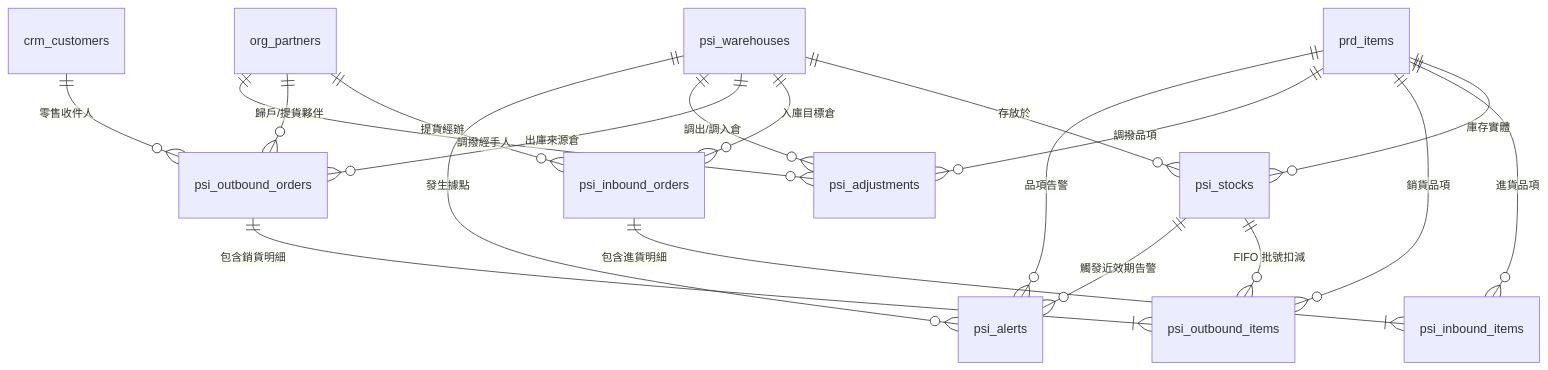
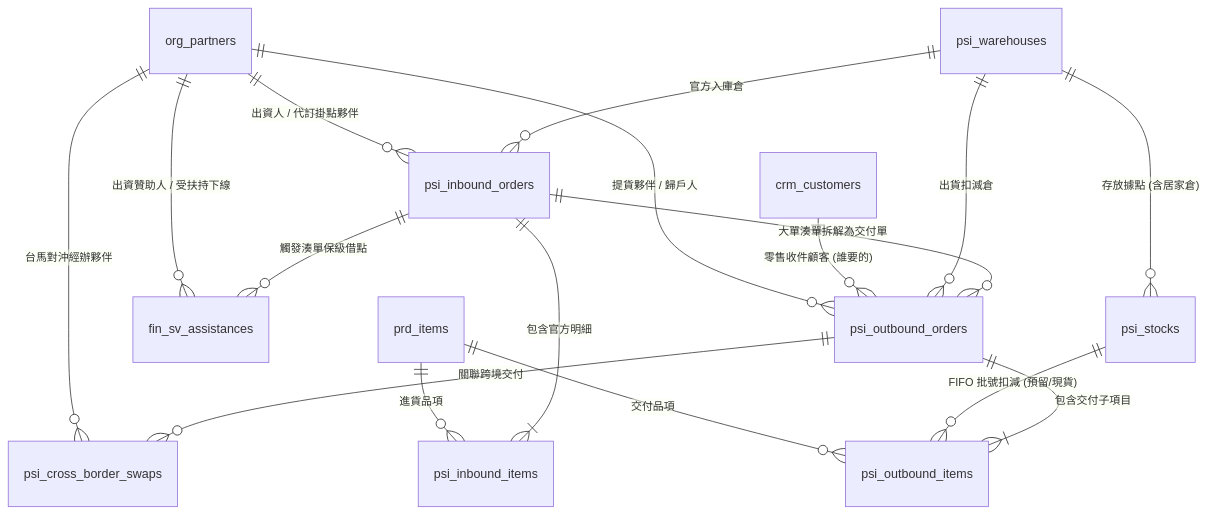
Before and after one commit to Jarvis0301/ray-jarvis-team: the diagram in docs/database/diagrams/erd-03-psi.md, drawn with Mermaid.

Commit message:
Update ERD with new relationships and terminology

````diff
--- a/docs/database/diagrams/erd-03-psi.md
+++ b/docs/database/diagrams/erd-03-psi.md
@@ -1,27 +1,24 @@
 ```mermaid
 erDiagram
-    %% 外部依賴核心表
-    prd_items ||--o{ psi_stocks : "庫存實體"
+    %% 核心實體
+    org_partners ||--o{ psi_inbound_orders : "出資人 / 代訂掛點夥伴"
+    org_partners ||--o{ psi_outbound_orders : "提貨夥伴 / 歸戶人"
+    org_partners ||--o{ fin_sv_assistances : "出資贊助人 / 受扶持下線"
+    org_partners ||--o{ psi_cross_border_swaps : "台馬對沖經辦夥伴"
+    crm_customers ||--o{ psi_outbound_orders : "零售收件顧客 (誰要的)"
     prd_items ||--o{ psi_inbound_items : "進貨品項"
-    prd_items ||--o{ psi_outbound_items : "銷貨品項"
-    prd_items ||--o{ psi_adjustments : "調撥品項"
-    prd_items ||--o{ psi_alerts : "品項告警"
-    
-    org_partners ||--o{ psi_inbound_orders : "提貨經辦"
-    org_partners ||--o{ psi_outbound_orders : "歸戶/提貨夥伴"
-    org_partners ||--o{ psi_adjustments : "調撥經手人"
-    crm_customers ||--o{ psi_outbound_orders : "零售收件人"
+    prd_items ||--o{ psi_outbound_items : "交付品項"
 
-    %% 進銷存內部關聯
-    psi_warehouses ||--o{ psi_stocks : "存放於"
-    psi_warehouses ||--o{ psi_inbound_orders : "入庫目標倉"
-    psi_warehouses ||--o{ psi_outbound_orders : "出庫來源倉"
-    psi_warehouses ||--o{ psi_adjustments : "調出/調入倉"
-    psi_warehouses ||--o{ psi_alerts : "發生據點"
+    %% 進銷存內部流向
+    psi_warehouses ||--o{ psi_stocks : "存放據點 (含居家倉)"
+    psi_warehouses ||--o{ psi_inbound_orders : "官方入庫倉"
+    psi_warehouses ||--o{ psi_outbound_orders : "出貨扣減倉"
 
-    psi_inbound_orders ||--|{ psi_inbound_items : "包含進貨明細"
-    psi_outbound_orders ||--|{ psi_outbound_items : "包含銷貨明細"
+    psi_inbound_orders ||--|{ psi_inbound_items : "包含官方明細"
+    psi_inbound_orders ||--o{ psi_outbound_orders : "大單湊單拆解為交付單"
+    psi_inbound_orders ||--o{ fin_sv_assistances : "觸發湊單保級借點"
 
-    psi_stocks ||--o{ psi_outbound_items : "FIFO 批號扣減"
-    psi_stocks ||--o{ psi_alerts : "觸發近效期告警"
+    psi_stocks ||--o{ psi_outbound_items : "FIFO 批號扣減 (預留/現貨)"
+    psi_outbound_orders ||--|{ psi_outbound_items : "包含交付子項目"
+    psi_outbound_orders ||--o{ psi_cross_border_swaps : "關聯跨境交付"
 ```
````
